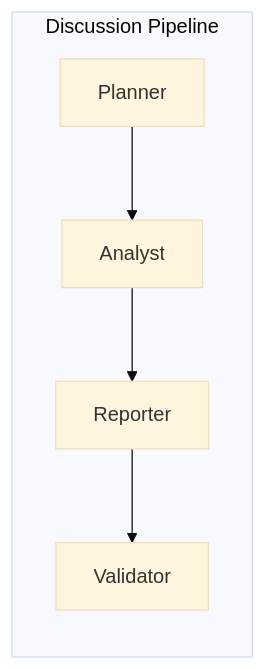
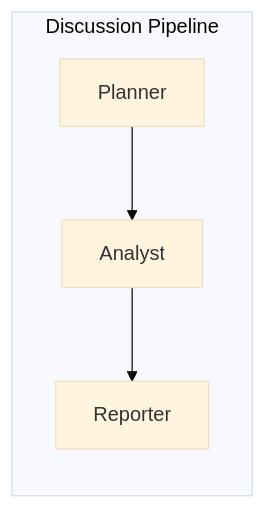
One commit to sgalex/gigaboard changed the fifth of 10 diagrams in docs/MULTI_AGENT.md. Above: the diagram before and after it, drawn with Mermaid (base theme). The commit also changed other lines of this file and 97 other files, not shown here.

````diff
--- a/docs/MULTI_AGENT.md
+++ b/docs/MULTI_AGENT.md
@@ -323,6 +330,6 @@
 ```mermaid
 flowchart LR
     subgraph DISCUSSION["Discussion Pipeline"]
-        P4[Planner] --> A4[Analyst] --> REP4[Reporter] --> V4[Validator]
+        P4[Planner] --> A4[Analyst] --> REP4[Reporter]
     end
 ```
````
